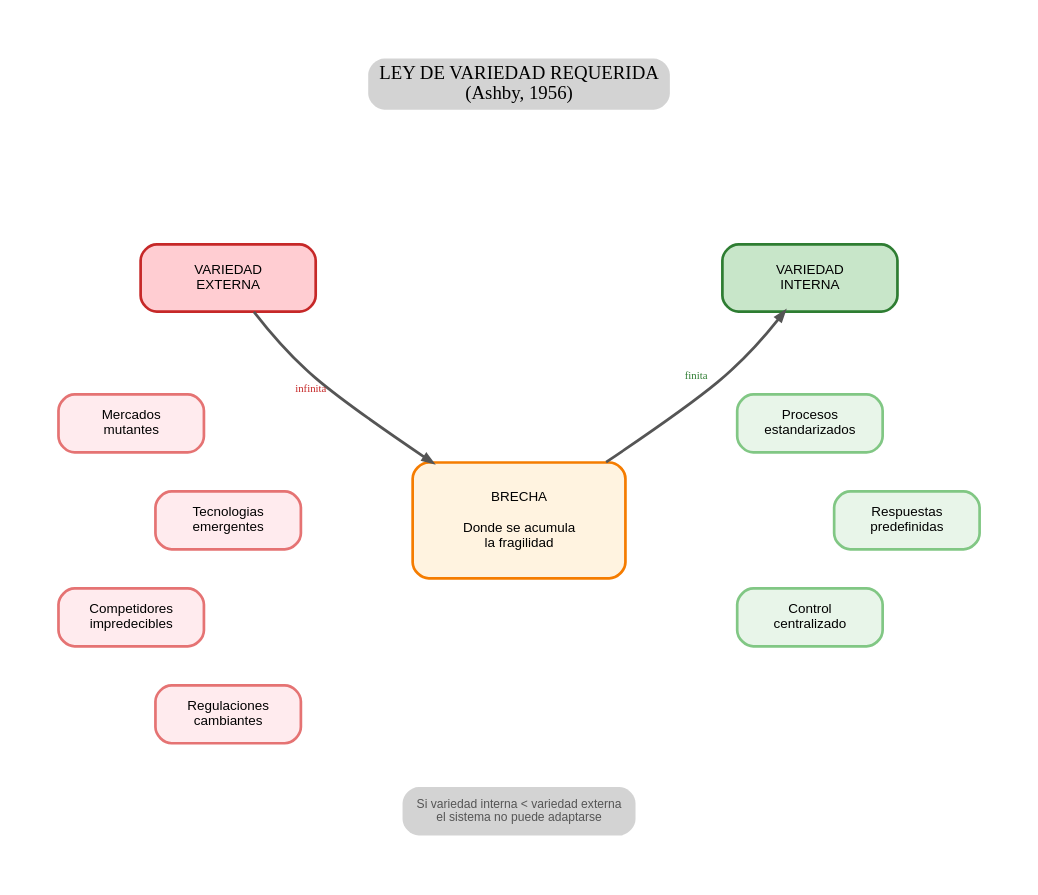
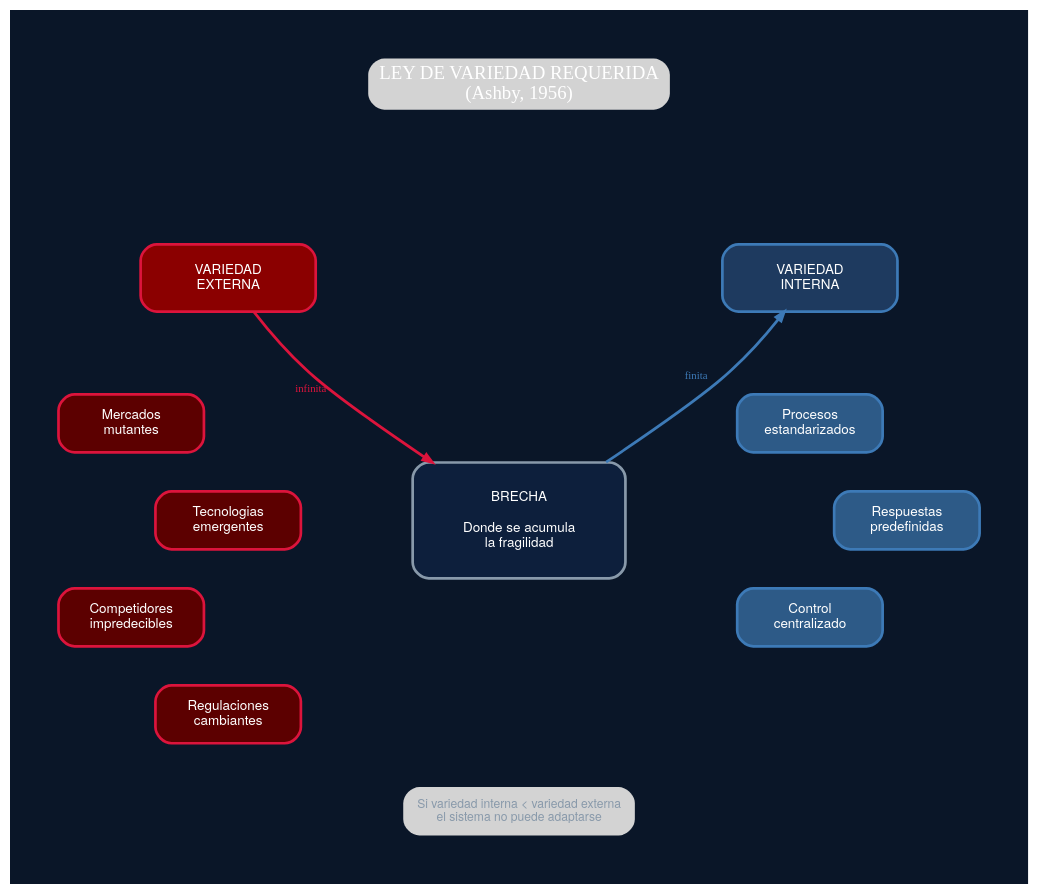
The diagram in assets/diagrams/B2-ley-variedad-ashby.dot (gonzalezulises/mas-control-mas-caos), drawn with Graphviz before and after one commit. The commit also changed 11 other files, not shown here.

First line of the commit message:
Update all diagrams to match cover color palette

```diff
--- a/assets/diagrams/B2-ley-variedad-ashby.dot
+++ b/assets/diagrams/B2-ley-variedad-ashby.dot
@@ -1,48 +1,50 @@
 digraph LeyVariedadAshby {
     // Layout
     layout=neato;
-    bgcolor="white";
+    bgcolor="#0a1628";
     pad=0.5;
     splines=curved;
 
-    // Estilo global
+    // Estilo global - paleta portada
     node [
         shape=box,
         style="rounded,filled",
-        fontname="Arial",
+        fontname="Helvetica Neue",
         fontsize=10,
+        fontcolor="#ffffff",
         penwidth=2
     ];
 
     edge [
         penwidth=2,
-        color="#555555",
+        color="#3d7ab7",
+        fontcolor="#8899aa",
         arrowsize=0.7
     ];
 
     // Titulo
-    title [label="LEY DE VARIEDAD REQUERIDA\n(Ashby, 1956)", shape=plaintext, fontsize=14, fontname="Arial Bold", pos="0,4.5!"];
+    title [label="LEY DE VARIEDAD REQUERIDA\n(Ashby, 1956)", shape=plaintext, fontsize=14, fontname="Helvetica Neue Bold", fontcolor="#ffffff", pos="0,4.5!"];
 
-    // Lado izquierdo - Variedad Externa
-    ext [label="VARIEDAD\nEXTERNA", fillcolor="#ffcdd2", color="#c62828", width=1.8, height=0.7, pos="-3,2.5!"];
-    e1 [label="Mercados\nmutantes", fillcolor="#ffebee", color="#e57373", width=1.5, height=0.6, pos="-4,1!"];
-    e2 [label="Tecnologias\nemergentes", fillcolor="#ffebee", color="#e57373", width=1.5, height=0.6, pos="-3,0!"];
-    e3 [label="Competidores\nimpredecibles", fillcolor="#ffebee", color="#e57373", width=1.5, height=0.6, pos="-4,-1!"];
-    e4 [label="Regulaciones\ncambiantes", fillcolor="#ffebee", color="#e57373", width=1.5, height=0.6, pos="-3,-2!"];
+    // Lado izquierdo - Variedad Externa (rojo - caos)
+    ext [label="VARIEDAD\nEXTERNA", fillcolor="#8b0000", color="#dc143c", width=1.8, height=0.7, pos="-3,2.5!"];
+    e1 [label="Mercados\nmutantes", fillcolor="#5c0000", color="#dc143c", width=1.5, height=0.6, pos="-4,1!"];
+    e2 [label="Tecnologias\nemergentes", fillcolor="#5c0000", color="#dc143c", width=1.5, height=0.6, pos="-3,0!"];
+    e3 [label="Competidores\nimpredecibles", fillcolor="#5c0000", color="#dc143c", width=1.5, height=0.6, pos="-4,-1!"];
+    e4 [label="Regulaciones\ncambiantes", fillcolor="#5c0000", color="#dc143c", width=1.5, height=0.6, pos="-3,-2!"];
 
-    // Lado derecho - Variedad Interna
-    int [label="VARIEDAD\nINTERNA", fillcolor="#c8e6c9", color="#2e7d32", width=1.8, height=0.7, pos="3,2.5!"];
-    i1 [label="Procesos\nestandarizados", fillcolor="#e8f5e9", color="#81c784", width=1.5, height=0.6, pos="3,1!"];
-    i2 [label="Respuestas\npredefinidas", fillcolor="#e8f5e9", color="#81c784", width=1.5, height=0.6, pos="4,0!"];
-    i3 [label="Control\ncentralizado", fillcolor="#e8f5e9", color="#81c784", width=1.5, height=0.6, pos="3,-1!"];
+    // Lado derecho - Variedad Interna (azul - control)
+    int [label="VARIEDAD\nINTERNA", fillcolor="#1e3a5f", color="#3d7ab7", width=1.8, height=0.7, pos="3,2.5!"];
+    i1 [label="Procesos\nestandarizados", fillcolor="#2d5a87", color="#3d7ab7", width=1.5, height=0.6, pos="3,1!"];
+    i2 [label="Respuestas\npredefinidas", fillcolor="#2d5a87", color="#3d7ab7", width=1.5, height=0.6, pos="4,0!"];
+    i3 [label="Control\ncentralizado", fillcolor="#2d5a87", color="#3d7ab7", width=1.5, height=0.6, pos="3,-1!"];
 
     // Centro - Brecha
-    brecha [label="BRECHA\n\nDonde se acumula\nla fragilidad", fillcolor="#fff3e0", color="#f57c00", width=2.2, height=1.2, pos="0,0!"];
+    brecha [label="BRECHA\n\nDonde se acumula\nla fragilidad", fillcolor="#0d1f3c", color="#8899aa", width=2.2, height=1.2, pos="0,0!"];
 
     // Conexiones
-    ext -> brecha [label="  infinita  ", fontsize=8, fontcolor="#c62828"];
-    brecha -> int [label="  finita  ", fontsize=8, fontcolor="#2e7d32"];
+    ext -> brecha [label="  infinita  ", fontsize=8, fontcolor="#dc143c", color="#dc143c"];
+    brecha -> int [label="  finita  ", fontsize=8, fontcolor="#3d7ab7", color="#3d7ab7"];
 
     // Ley
-    ley [label="Si variedad interna < variedad externa\nel sistema no puede adaptarse", shape=plaintext, fontsize=9, fontcolor="#555555", pos="0,-3!"];
+    ley [label="Si variedad interna < variedad externa\nel sistema no puede adaptarse", shape=plaintext, fontsize=9, fontcolor="#8899aa", pos="0,-3!"];
 }
```
